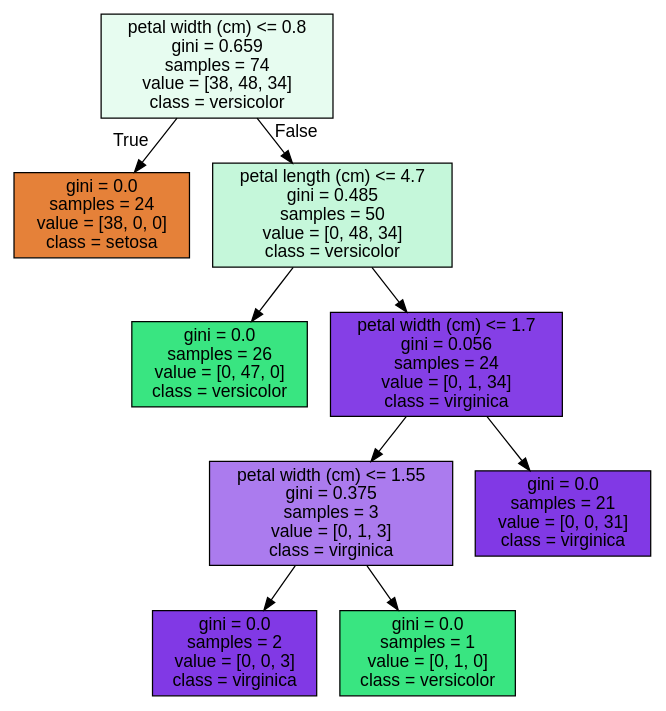
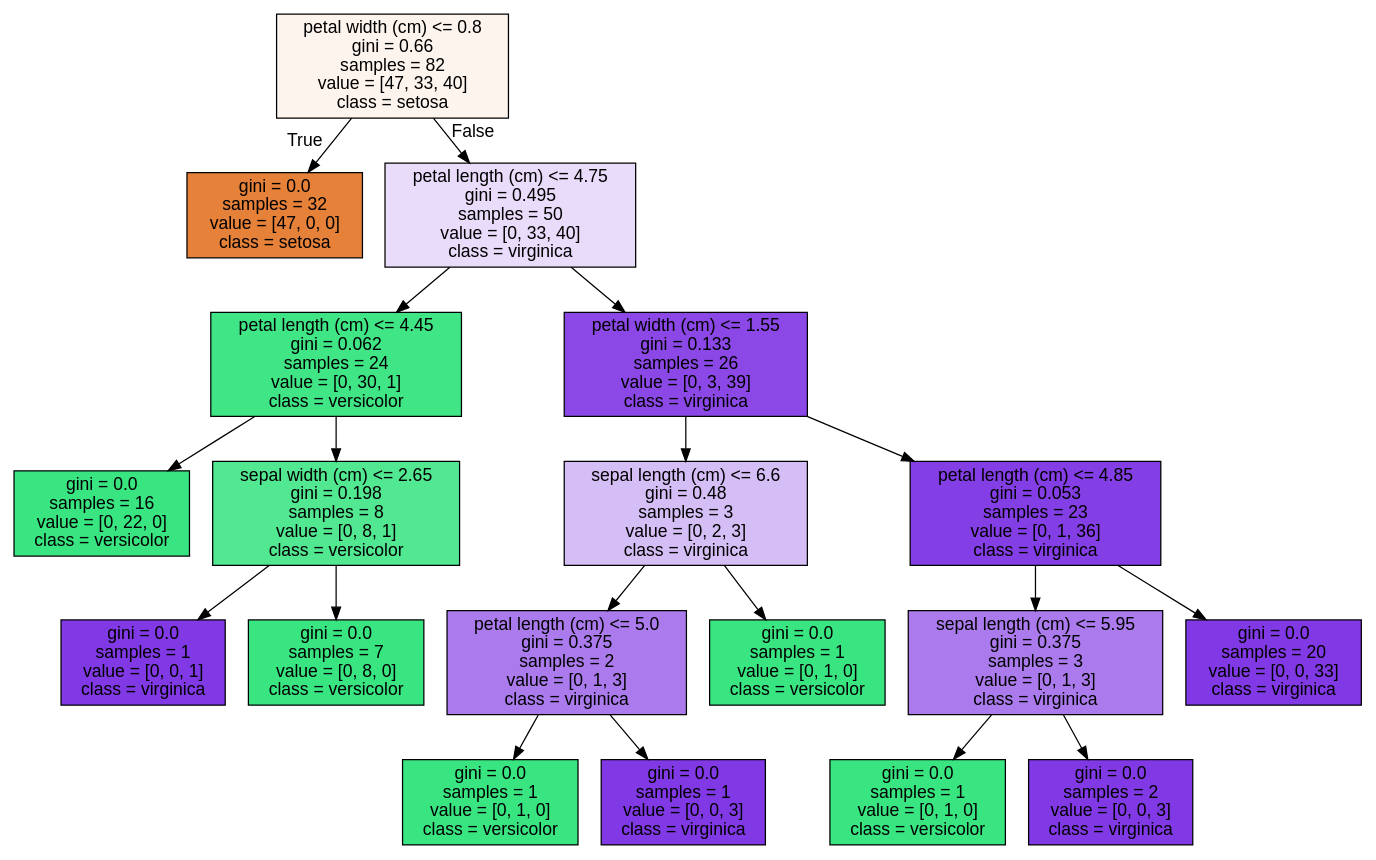
Before and after one commit to wanjinhu/scikit-learn: the diagram in tree.dot, drawn with Graphviz. The commit also changed 2 other files, not shown here.

```diff
--- a/tree.dot
+++ b/tree.dot
@@ -1,21 +1,41 @@
 digraph Tree {
 node [shape=box, style="filled", color="black", fontname="helvetica"] ;
 edge [fontname="helvetica"] ;
-0 [label="petal width (cm) <= 0.8\ngini = 0.659\nsamples = 74\nvalue = [38, 48, 34]\nclass = versicolor", fillcolor="#e7fcf0"] ;
-1 [label="gini = 0.0\nsamples = 24\nvalue = [38, 0, 0]\nclass = setosa", fillcolor="#e58139"] ;
+0 [label="petal width (cm) <= 0.8\ngini = 0.66\nsamples = 82\nvalue = [47, 33, 40]\nclass = setosa", fillcolor="#fdf4ee"] ;
+1 [label="gini = 0.0\nsamples = 32\nvalue = [47, 0, 0]\nclass = setosa", fillcolor="#e58139"] ;
 0 -> 1 [labeldistance=2.5, labelangle=45, headlabel="True"] ;
-2 [label="petal length (cm) <= 4.7\ngini = 0.485\nsamples = 50\nvalue = [0, 48, 34]\nclass = versicolor", fillcolor="#c5f7da"] ;
+2 [label="petal length (cm) <= 4.75\ngini = 0.495\nsamples = 50\nvalue = [0, 33, 40]\nclass = virginica", fillcolor="#e9dcfa"] ;
 0 -> 2 [labeldistance=2.5, labelangle=-45, headlabel="False"] ;
-3 [label="gini = 0.0\nsamples = 26\nvalue = [0, 47, 0]\nclass = versicolor", fillcolor="#39e581"] ;
+3 [label="petal length (cm) <= 4.45\ngini = 0.062\nsamples = 24\nvalue = [0, 30, 1]\nclass = versicolor", fillcolor="#40e685"] ;
 2 -> 3 ;
-4 [label="petal width (cm) <= 1.7\ngini = 0.056\nsamples = 24\nvalue = [0, 1, 34]\nclass = virginica", fillcolor="#853fe6"] ;
-2 -> 4 ;
-5 [label="petal width (cm) <= 1.55\ngini = 0.375\nsamples = 3\nvalue = [0, 1, 3]\nclass = virginica", fillcolor="#ab7bee"] ;
-4 -> 5 ;
-6 [label="gini = 0.0\nsamples = 2\nvalue = [0, 0, 3]\nclass = virginica", fillcolor="#8139e5"] ;
+4 [label="gini = 0.0\nsamples = 16\nvalue = [0, 22, 0]\nclass = versicolor", fillcolor="#39e581"] ;
+3 -> 4 ;
+5 [label="sepal width (cm) <= 2.65\ngini = 0.198\nsamples = 8\nvalue = [0, 8, 1]\nclass = versicolor", fillcolor="#52e891"] ;
+3 -> 5 ;
+6 [label="gini = 0.0\nsamples = 1\nvalue = [0, 0, 1]\nclass = virginica", fillcolor="#8139e5"] ;
 5 -> 6 ;
-7 [label="gini = 0.0\nsamples = 1\nvalue = [0, 1, 0]\nclass = versicolor", fillcolor="#39e581"] ;
+7 [label="gini = 0.0\nsamples = 7\nvalue = [0, 8, 0]\nclass = versicolor", fillcolor="#39e581"] ;
 5 -> 7 ;
-8 [label="gini = 0.0\nsamples = 21\nvalue = [0, 0, 31]\nclass = virginica", fillcolor="#8139e5"] ;
-4 -> 8 ;
+8 [label="petal width (cm) <= 1.55\ngini = 0.133\nsamples = 26\nvalue = [0, 3, 39]\nclass = virginica", fillcolor="#8b48e7"] ;
+2 -> 8 ;
+9 [label="sepal length (cm) <= 6.6\ngini = 0.48\nsamples = 3\nvalue = [0, 2, 3]\nclass = virginica", fillcolor="#d5bdf6"] ;
+8 -> 9 ;
+10 [label="petal length (cm) <= 5.0\ngini = 0.375\nsamples = 2\nvalue = [0, 1, 3]\nclass = virginica", fillcolor="#ab7bee"] ;
+9 -> 10 ;
+11 [label="gini = 0.0\nsamples = 1\nvalue = [0, 1, 0]\nclass = versicolor", fillcolor="#39e581"] ;
+10 -> 11 ;
+12 [label="gini = 0.0\nsamples = 1\nvalue = [0, 0, 3]\nclass = virginica", fillcolor="#8139e5"] ;
+10 -> 12 ;
+13 [label="gini = 0.0\nsamples = 1\nvalue = [0, 1, 0]\nclass = versicolor", fillcolor="#39e581"] ;
+9 -> 13 ;
+14 [label="petal length (cm) <= 4.85\ngini = 0.053\nsamples = 23\nvalue = [0, 1, 36]\nclass = virginica", fillcolor="#843ee6"] ;
+8 -> 14 ;
+15 [label="sepal length (cm) <= 5.95\ngini = 0.375\nsamples = 3\nvalue = [0, 1, 3]\nclass = virginica", fillcolor="#ab7bee"] ;
+14 -> 15 ;
+16 [label="gini = 0.0\nsamples = 1\nvalue = [0, 1, 0]\nclass = versicolor", fillcolor="#39e581"] ;
+15 -> 16 ;
+17 [label="gini = 0.0\nsamples = 2\nvalue = [0, 0, 3]\nclass = virginica", fillcolor="#8139e5"] ;
+15 -> 17 ;
+18 [label="gini = 0.0\nsamples = 20\nvalue = [0, 0, 33]\nclass = virginica", fillcolor="#8139e5"] ;
+14 -> 18 ;
 }
```
